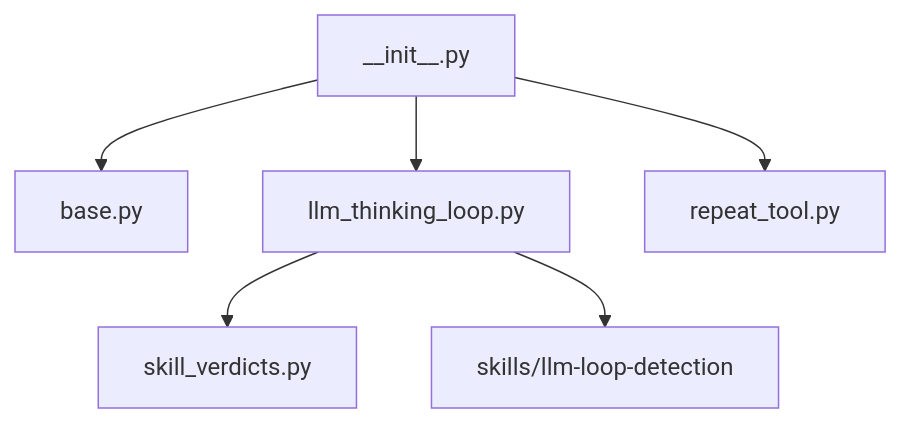
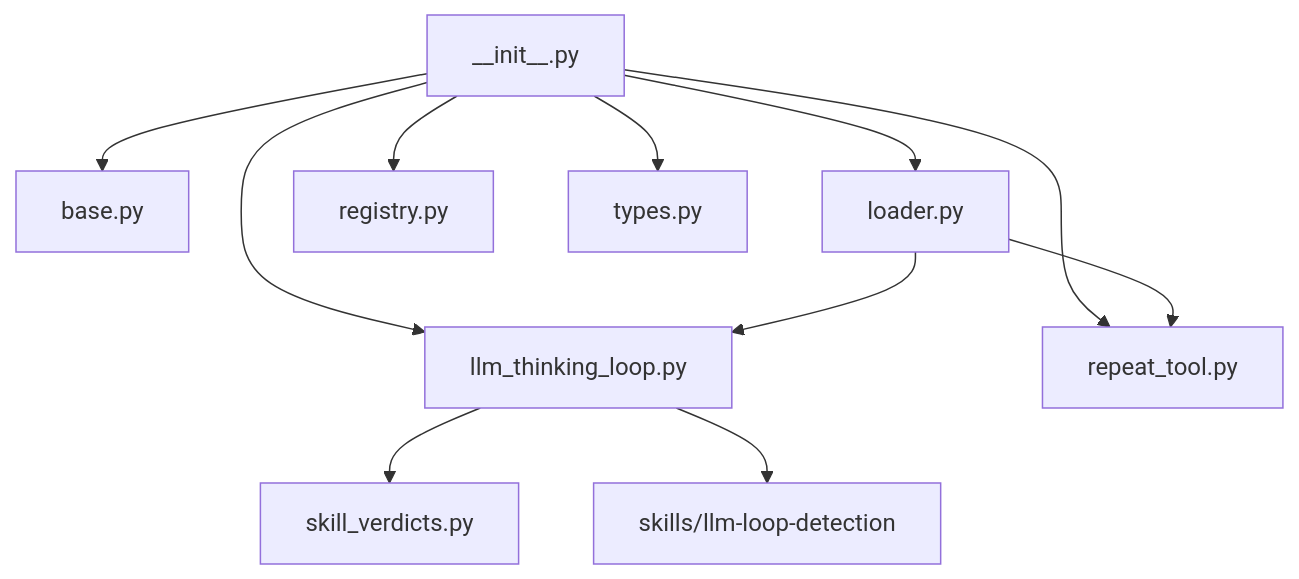
Before and after one commit to openeuler-mirror/agent-insight: the second of 4 diagrams in docs/agent-ras/designs/modules/detectors.md, drawn with Mermaid. The commit also changed other lines of this file and 34 other files, not shown here.

````diff
--- a/docs/agent-ras/designs/modules/detectors.md
+++ b/docs/agent-ras/designs/modules/detectors.md
@@ -37,8 +37,13 @@
 ```mermaid
 flowchart TD
   init[__init__.py] --> base[base.py]
+  init --> loader[loader.py]
+  init --> reg[registry.py]
+  init --> types[types.py]
   init --> rtl[llm_thinking_loop.py]
   init --> rpt[repeat_tool.py]
   rtl --> verd[skill_verdicts.py]
   rtl --> skill[skills/llm-loop-detection]
+  loader --> rtl
+  loader --> rpt
 ```
````
